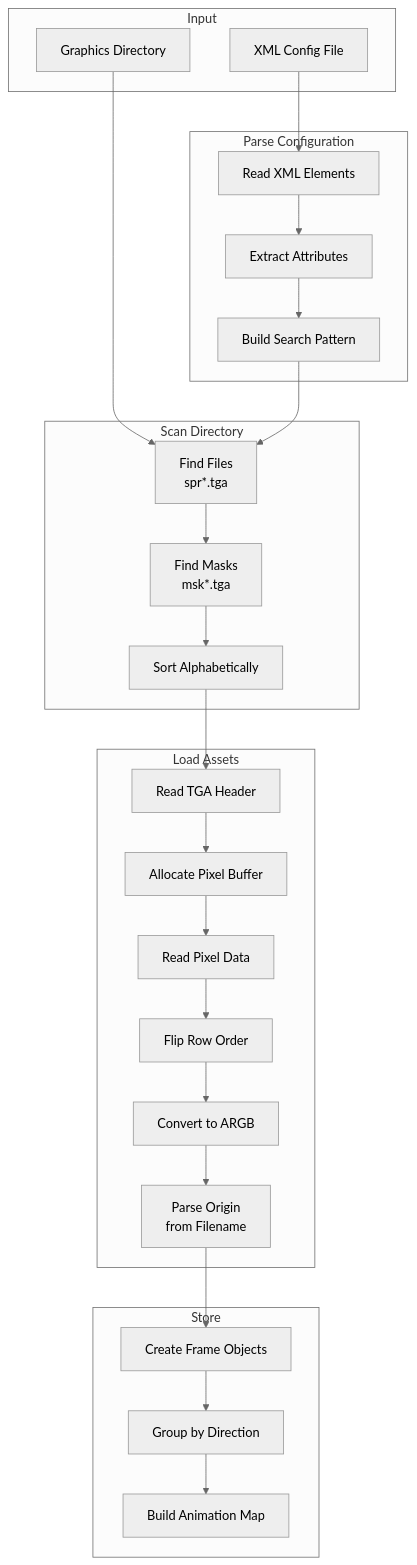
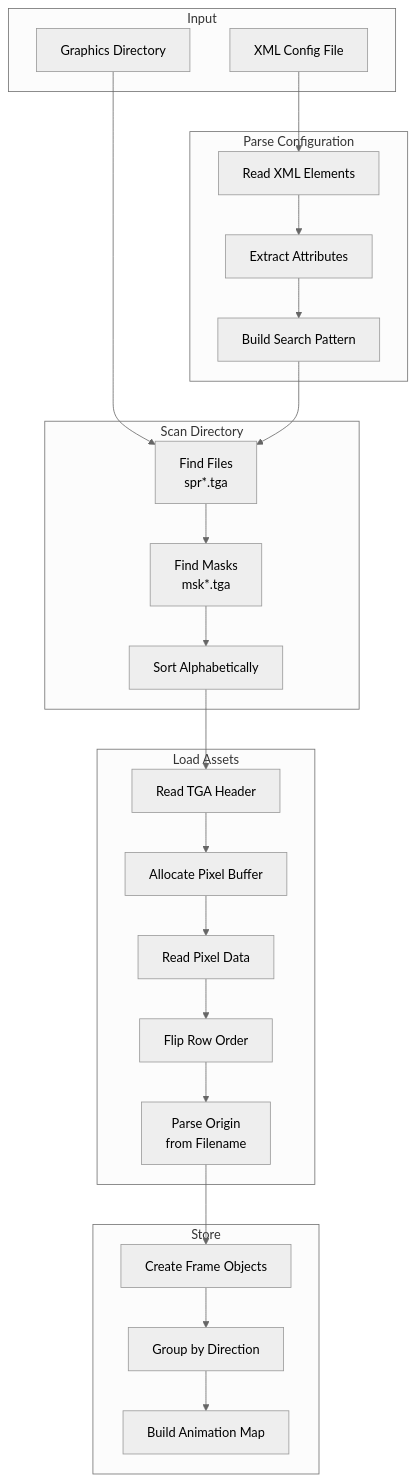
Before and after one commit to jukofyork/OpenCombat-SDL: the third of 4 diagrams in docs/chapters/08-assets.md, drawn with Mermaid (neutral theme). The commit also changed other lines of this file and 7 other files, not shown here.

````diff
--- a/docs/chapters/08-assets.md
+++ b/docs/chapters/08-assets.md
@@ -299,41 +299,40 @@
 ```mermaid
 flowchart TD
     subgraph Input["Input"]
         XML[XML Config File]
         DIR[Graphics Directory]
     end
     
     subgraph Parse["Parse Configuration"]
         P1[Read XML Elements]
         P2[Extract Attributes]
         P3[Build Search Pattern]
     end
     
     subgraph Scan["Scan Directory"]
         S1[Find Files<br/>spr*.tga]
         S2[Find Masks<br/>msk*.tga]
         S3[Sort Alphabetically]
     end
     
     subgraph Load["Load Assets"]
         L1[Read TGA Header]
         L2[Allocate Pixel Buffer]
         L3[Read Pixel Data]
         L4[Flip Row Order]
-        L5[Convert to ARGB]
-        L6[Parse Origin<br/>from Filename]
+        L5[Parse Origin<br/>from Filename]
     end
     
     subgraph Store["Store"]
         ST1[Create Frame Objects]
         ST2[Group by Direction]
         ST3[Build Animation Map]
     end
     
     XML --> P1 --> P2 --> P3
     DIR --> S1 --> S2 --> S3
     P3 --> S1
     S3 --> L1
-    L1 --> L2 --> L3 --> L4 --> L5 --> L6
-    L6 --> ST1 --> ST2 --> ST3
+    L1 --> L2 --> L3 --> L4 --> L5
+    L5 --> ST1 --> ST2 --> ST3
 ```
````
